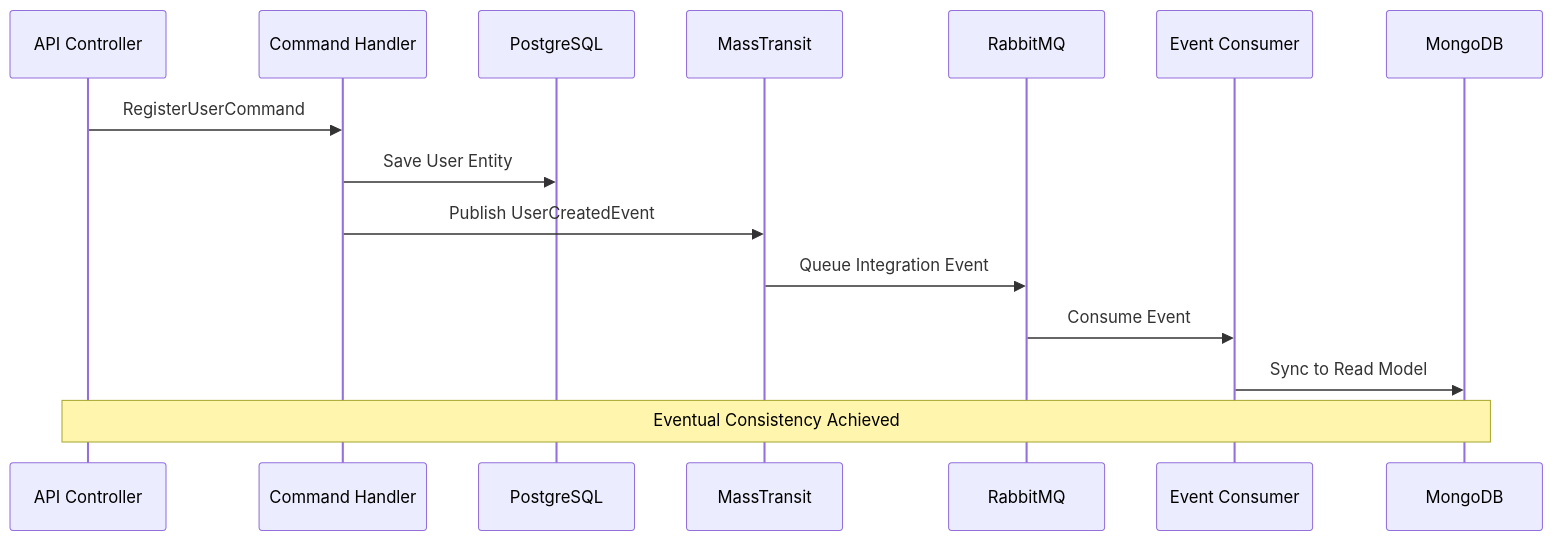
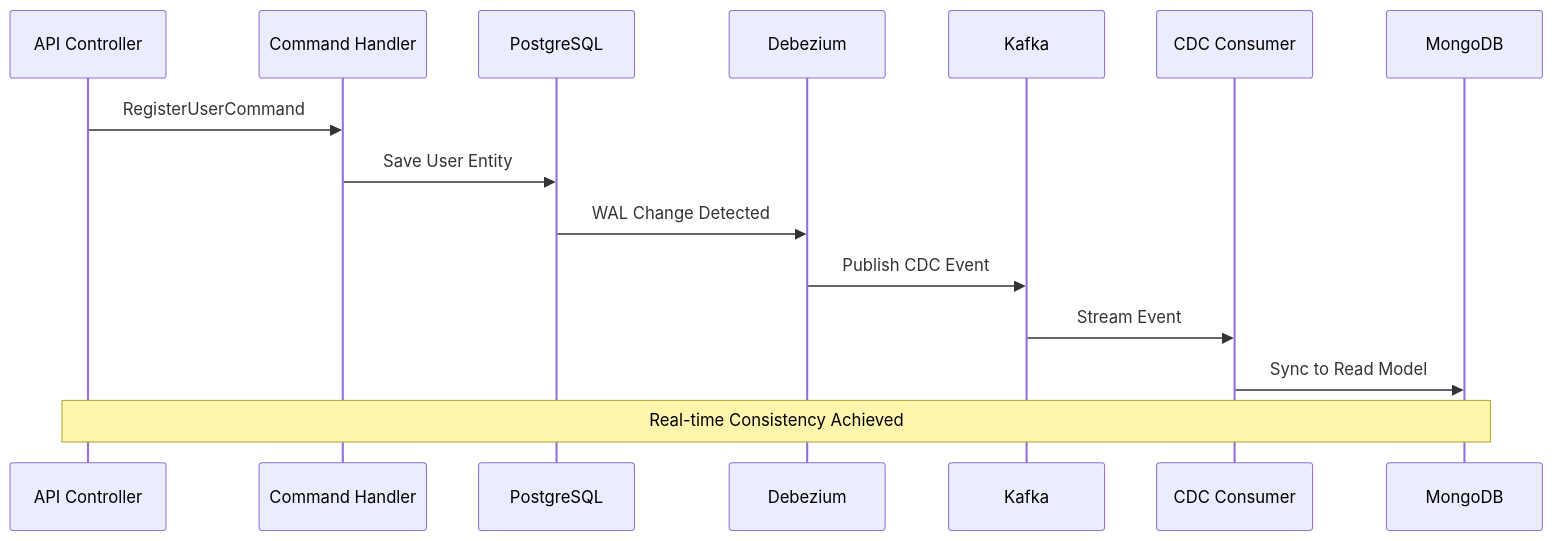
Before and after one commit to asanabrial/.net-api-hexagonal-skeleton: the third of 3 diagrams in README.md, drawn with Mermaid. The commit also changed other lines of this file, not shown here.

Commit message:
docs: Update README to reflect changes in architecture and technology stack, emphasizing Change Data Capture with Debezium and Kafka

````diff
--- a/README.md
+++ b/README.md
@@ -452,19 +504,19 @@
 ```mermaid
 sequenceDiagram
     participant API as API Controller
     participant CMD as Command Handler
     participant PG as PostgreSQL
-    participant EVT as MassTransit
-    participant RMQ as RabbitMQ
-    participant CONS as Event Consumer
+    participant DBZ as Debezium
+    participant KAFKA as Kafka
+    participant CONS as CDC Consumer
     participant MONGO as MongoDB
 
     API->>CMD: RegisterUserCommand
     CMD->>PG: Save User Entity
-    CMD->>EVT: Publish UserCreatedEvent
-    EVT->>RMQ: Queue Integration Event
-    RMQ->>CONS: Consume Event
+    PG->>DBZ: WAL Change Detected
+    DBZ->>KAFKA: Publish CDC Event
+    KAFKA->>CONS: Stream Event
     CONS->>MONGO: Sync to Read Model
 
-    Note over API,MONGO: Eventual Consistency Achieved
+    Note over API,MONGO: Real-time Consistency Achieved
 ```
````
